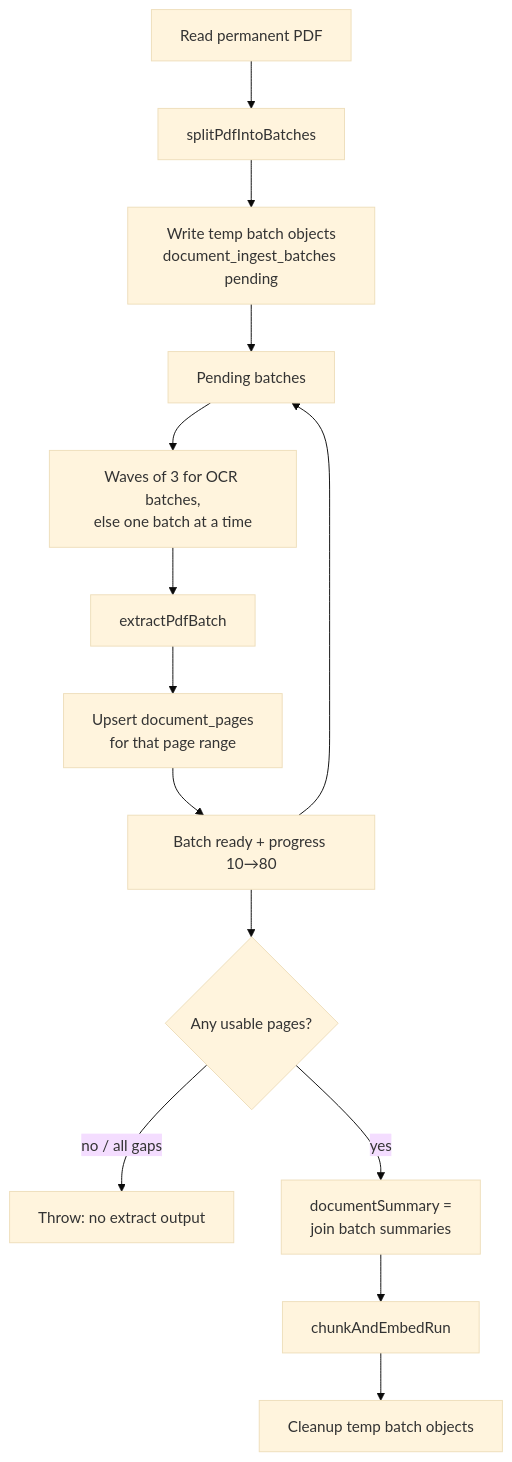
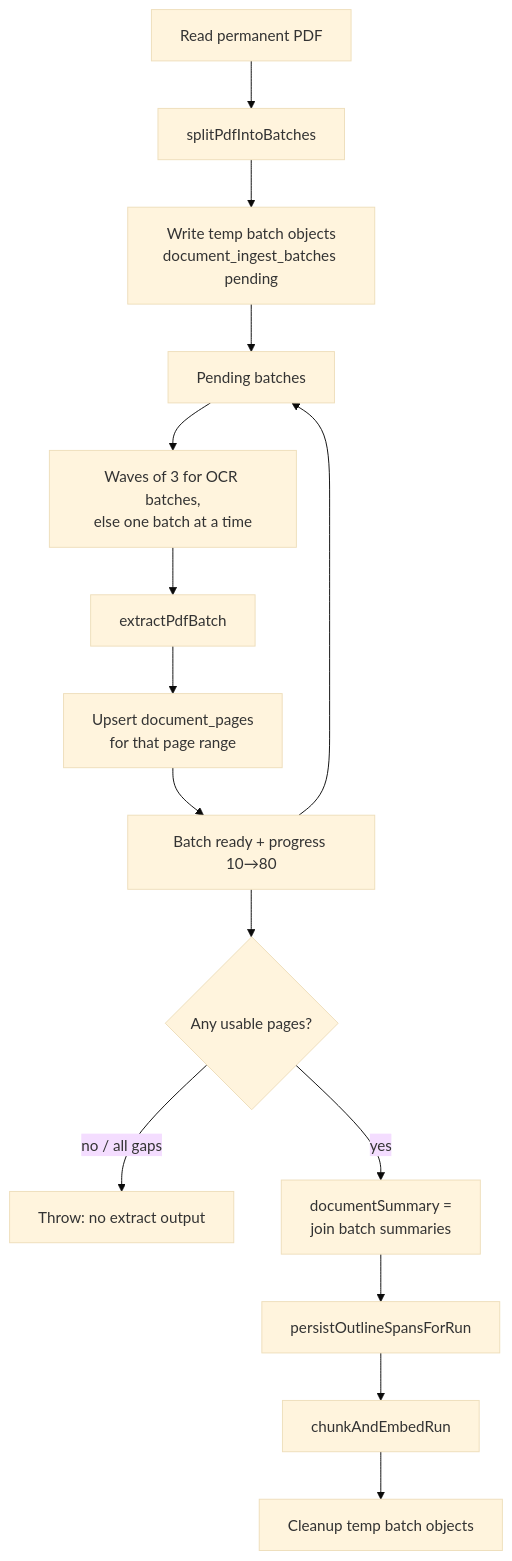
The third of 7 diagrams in docs/document-ingest-pipeline.md (sachin-aag/andrei), drawn with Mermaid (base theme) before and after one commit. The commit also changed other lines of this file and 47 other files, not shown here.

````diff
--- a/docs/document-ingest-pipeline.md
+++ b/docs/document-ingest-pipeline.md
@@ -77,16 +77,17 @@
 ```mermaid
 flowchart TD
   A["Read permanent PDF"] --> B["splitPdfIntoBatches"]
   B --> C["Write temp batch objects<br/>document_ingest_batches pending"]
   C --> D["Pending batches"]
   D --> E["Waves of 3 for OCR batches,<br/>else one batch at a time"]
   E --> F["extractPdfBatch"]
   F --> G["Upsert document_pages<br/>for that page range"]
   G --> H["Batch ready + progress 10→80"]
   H --> D
   H --> I{"Any usable pages?"}
   I -->|no / all gaps| J["Throw: no extract output"]
   I -->|yes| K["documentSummary =<br/>join batch summaries"]
-  K --> L["chunkAndEmbedRun"]
-  L --> M["Cleanup temp batch objects"]
+  K --> L["persistOutlineSpansForRun"]
+  L --> M["chunkAndEmbedRun"]
+  M --> N["Cleanup temp batch objects"]
 ```
````
